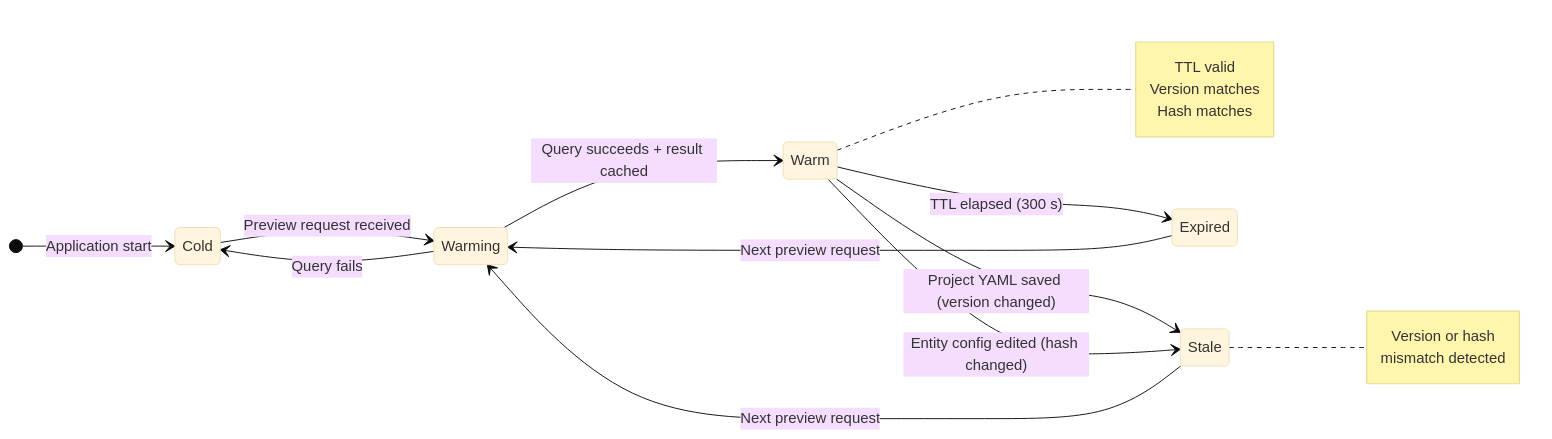
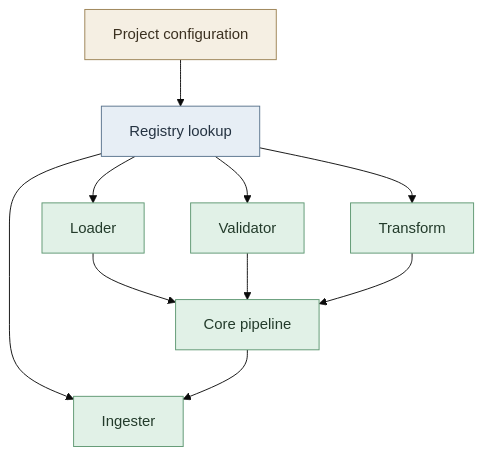
The seventh of 7 diagrams in docs/DIAGRAMS.md (humlab-sead/sead_shape_shifter), drawn with Mermaid (base theme) before and after one commit. The commit also changed other lines of this file and 25 other files, not shown here.

````diff
--- a/docs/DIAGRAMS.md
+++ b/docs/DIAGRAMS.md
@@ -1168,37 +137,19 @@
 ```mermaid
-stateDiagram-v2
-    direction LR
+flowchart TD
+    Config[Project configuration] --> Registry[Registry lookup]
+    Registry --> Loader[Loader]
+    Registry --> Validator[Validator]
+    Registry --> Transform[Transform]
+    Registry --> Ingester[Ingester]
+    Loader --> Pipeline[Core pipeline]
+    Validator --> Pipeline
+    Transform --> Pipeline
+    Pipeline --> Ingester
 
-    [*] --> Cold : Application start
-    Cold --> Warming : Preview request received
-    Warming --> Warm : Query succeeds + result cached
-    Warming --> Cold : Query fails
-    Warm --> Stale : Project YAML saved (version changed)
-    Warm --> Stale : Entity config edited (hash changed)
-    Warm --> Expired : TTL elapsed (300 s)
-    Stale --> Warming : Next preview request
-    Expired --> Warming : Next preview request
-
-    note right of Warm
-        TTL valid
-        Version matches
-        Hash matches
-    end note
-
-    note right of Stale
-        Version or hash
-        mismatch detected
-    end note
-
-    classDef cold fill:#eeeeee,stroke:#888,color:#333;
-    classDef warming fill:#fff7d6,stroke:#d6a300,color:#2b2b2b;
-    classDef warm fill:#dff7e8,stroke:#2e9f5b,color:#1d3a29;
-    classDef stale fill:#fde8d0,stroke:#d48a2a,color:#4a2800;
-    classDef expired fill:#ffe0e0,stroke:#d64545,color:#4a1f1f;
-
-    class Cold cold;
-    class Warming warming;
-    class Warm warm;
-    class Stale stale;
-    class Expired expired;
+    classDef config fill:#f5efe3,stroke:#9b8153,color:#3b3020;
+    classDef registry fill:#e7eef5,stroke:#58728c,color:#243241;
+    classDef component fill:#e1f1e7,stroke:#5c9670,color:#233b2b;
+    class Config config;
+    class Registry registry;
+    class Loader,Validator,Transform,Ingester,Pipeline component;
 ```
````
